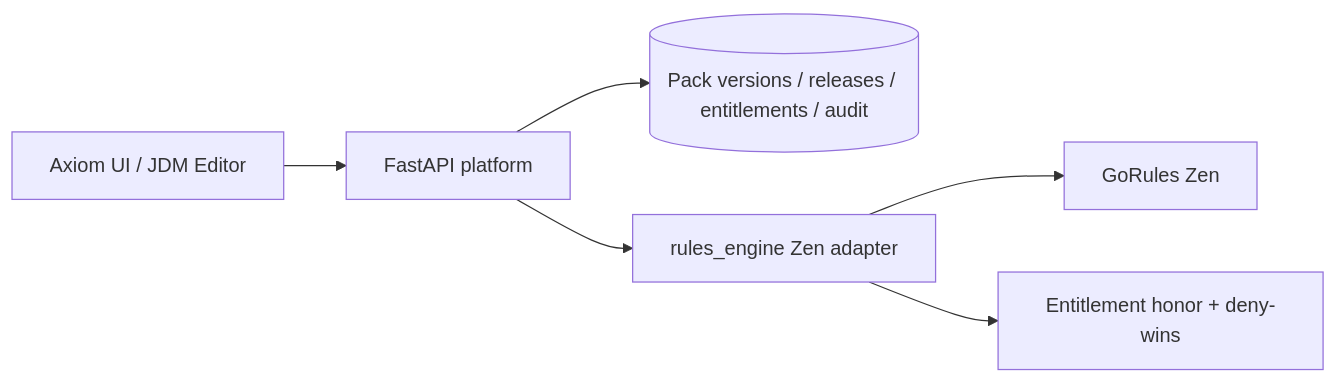
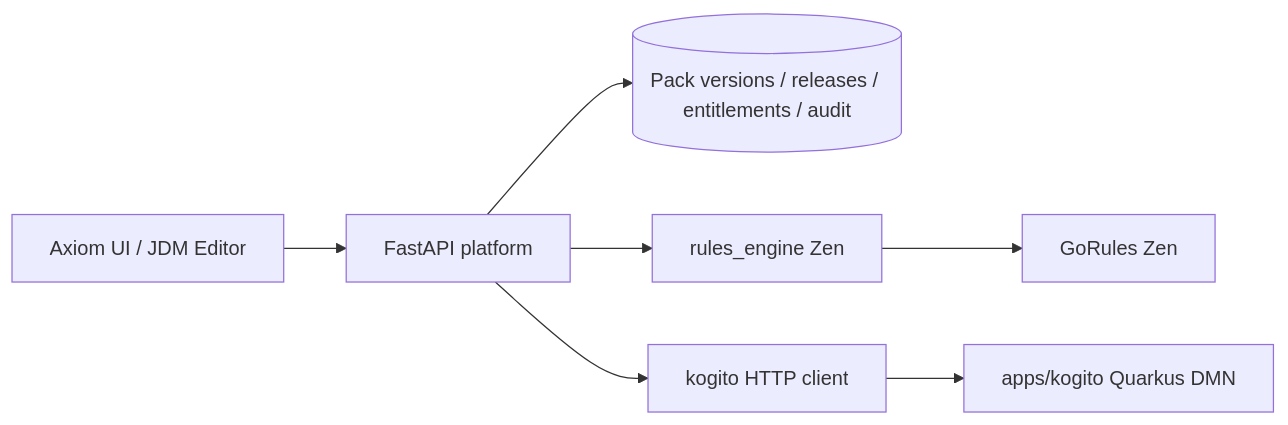
The diagram in docs/ARCHITECTURE.md (souvikmukherjee/utils-rules-engine-poc), drawn with Mermaid before and after one commit. The commit also changed other lines of this file and 23 other files, not shown here.

First line of the commit message:
Add parallel Kogito (DMN) engine with UI toggle (#4)

````diff
--- a/docs/ARCHITECTURE.md
+++ b/docs/ARCHITECTURE.md
@@ -14,8 +15,9 @@
 ```mermaid
 flowchart LR
   UI[Axiom UI / JDM Editor] --> API[FastAPI platform]
   API --> Store[(Pack versions / releases / entitlements / audit)]
-  API --> Adapter[rules_engine Zen adapter]
-  Adapter --> Zen[GoRules Zen]
-  Adapter --> Ent[Entitlement honor + deny-wins]
+  API --> ZenAdapter[rules_engine Zen]
+  API --> KogitoClient[kogito HTTP client]
+  ZenAdapter --> Zen[GoRules Zen]
+  KogitoClient --> KogitoSvc[apps/kogito Quarkus DMN]
 ```
````
